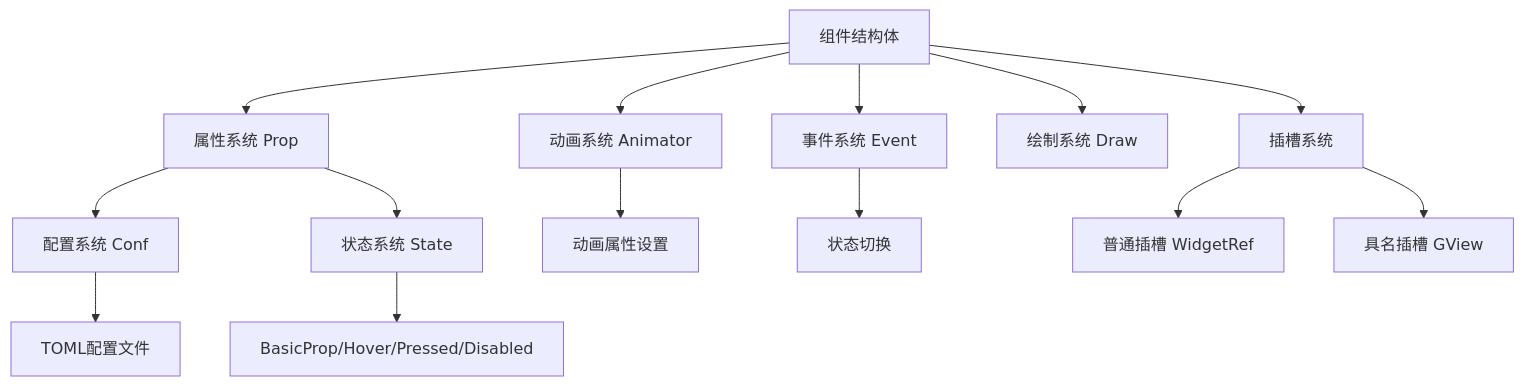
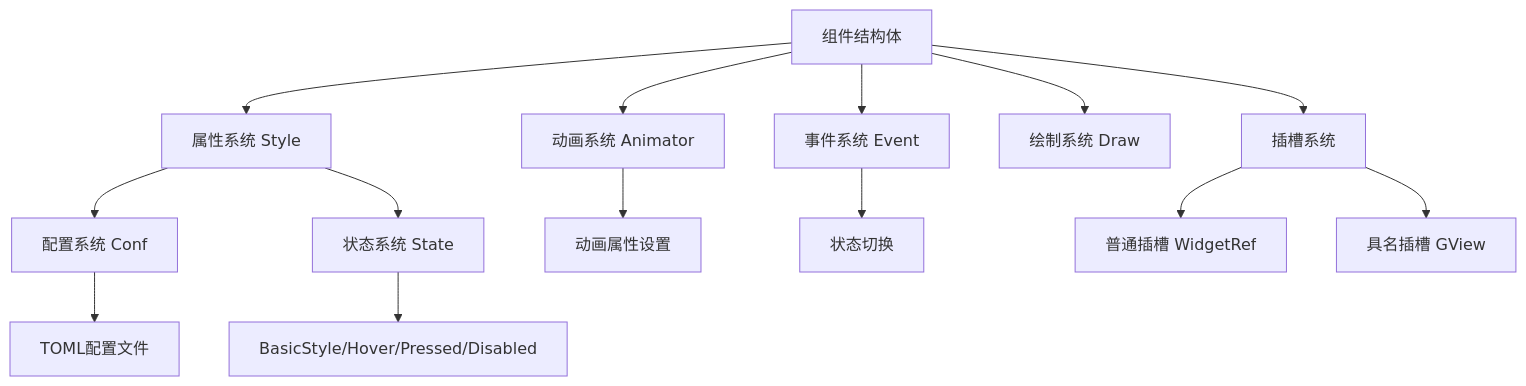
One commit to Privoce/GenUI-Builtin-Component changed the first of 2 diagrams in DESIGN.md. Above: the diagram before and after it, drawn with Mermaid. The commit also changed other lines of this file and 82 other files, not shown here.

````diff
--- a/DESIGN.md
+++ b/DESIGN.md
@@ -72,21 +72,21 @@
 ```mermaid
 graph TD
-    A[组件结构体] --> B[属性系统 Prop]
+    A[组件结构体] --> B[属性系统 Style]
     A --> C[动画系统 Animator] 
     A --> D[事件系统 Event]
     A --> E[绘制系统 Draw]
     
     B --> F[配置系统 Conf]
     B --> G[状态系统 State]
     
     C --> H[动画属性设置]
     D --> I[状态切换]
     
     F --> J[TOML配置文件]
-    G --> K[BasicProp/Hover/Pressed/Disabled]
+    G --> K[BasicStyle/Hover/Pressed/Disabled]
     
     L[插槽系统] --> M[普通插槽 WidgetRef]
     L --> N[具名插槽 GView]
     
     A --> L
 ```
````
